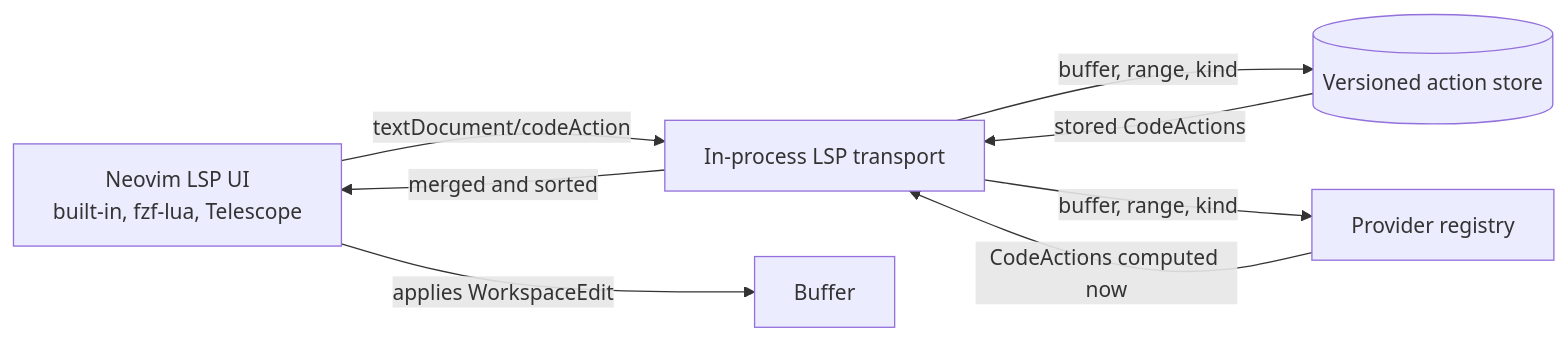
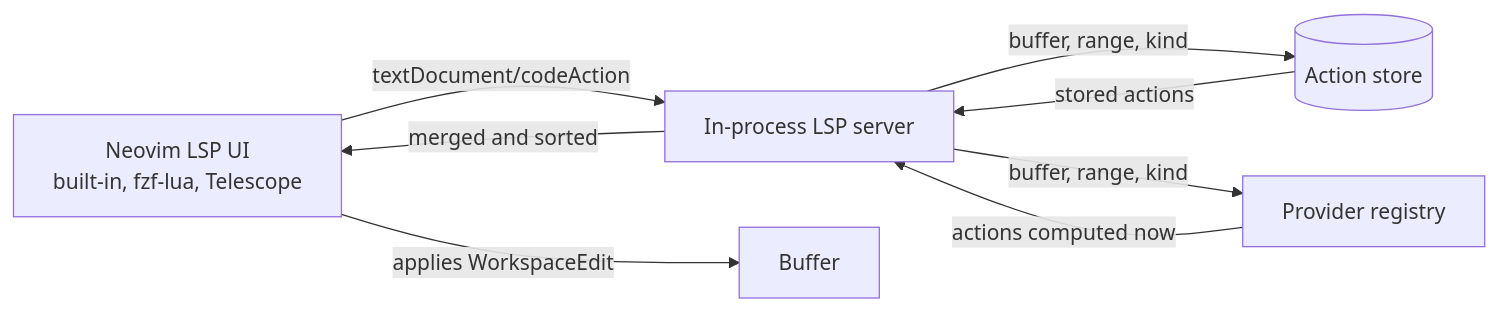
Before and after one commit to geodimm/lint-actions.nvim: the second of 2 diagrams in ARCHITECTURE.md, drawn with Mermaid. The commit also changed other lines of this file and 4 other files, not shown here.

````diff
--- a/ARCHITECTURE.md
+++ b/ARCHITECTURE.md
@@ -83,10 +116,10 @@
 ```mermaid
 flowchart LR
-    UI["Neovim LSP UI<br/>built-in, fzf-lua, Telescope"] -->|textDocument/codeAction| T["In-process LSP transport"]
-    T -->|buffer, range, kind| ST[("Versioned action store")]
+    UI["Neovim LSP UI<br/>built-in, fzf-lua, Telescope"] -->|textDocument/codeAction| T["In-process LSP server"]
+    T -->|buffer, range, kind| ST[("Action store")]
     T -->|buffer, range, kind| PR["Provider registry"]
-    ST -->|stored CodeActions| T
-    PR -->|CodeActions computed now| T
+    ST -->|stored actions| T
+    PR -->|actions computed now| T
     T -->|merged and sorted| UI
     UI -->|applies WorkspaceEdit| B["Buffer"]
 ```
````
